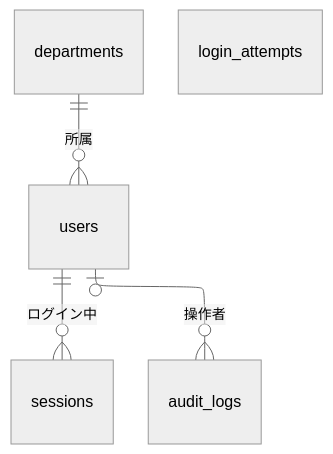
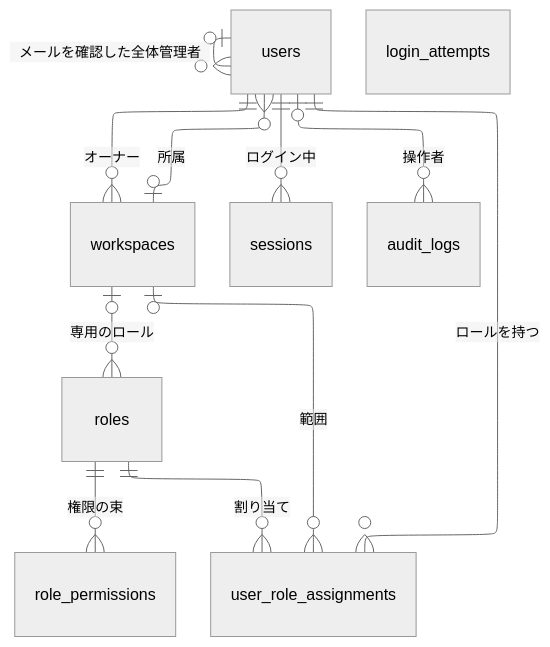
One commit to yamamotonaoki3/internal-system changed the first of 8 diagrams in docs/requirements/data-model.md. Above: the diagram before and after it, drawn with Mermaid (neutral theme). The commit also changed other lines of this file, not shown here.

````diff
--- a/docs/requirements/data-model.md
+++ b/docs/requirements/data-model.md
@@ -21,11 +23,18 @@
 ```mermaid
 ---
 config:
   layout: elk
 ---
 erDiagram
-    departments ||--o{ users : "所属"
+    workspaces |o--o{ users : "所属"
+    users ||--o{ workspaces : "オーナー"
     users ||--o{ sessions : "ログイン中"
     users |o--o{ audit_logs : "操作者"
+    users |o--o{ users : "メールを確認した全体管理者"
+    roles ||--o{ role_permissions : "権限の束"
+    roles ||--o{ user_role_assignments : "割り当て"
+    users ||--o{ user_role_assignments : "ロールを持つ"
+    workspaces |o--o{ roles : "専用のロール"
+    workspaces |o--o{ user_role_assignments : "範囲"
     login_attempts
 ```
````
